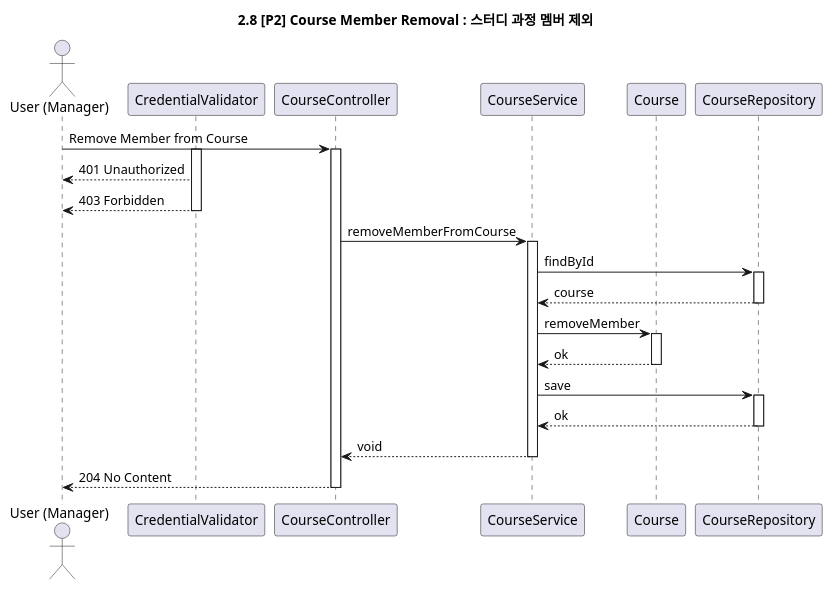
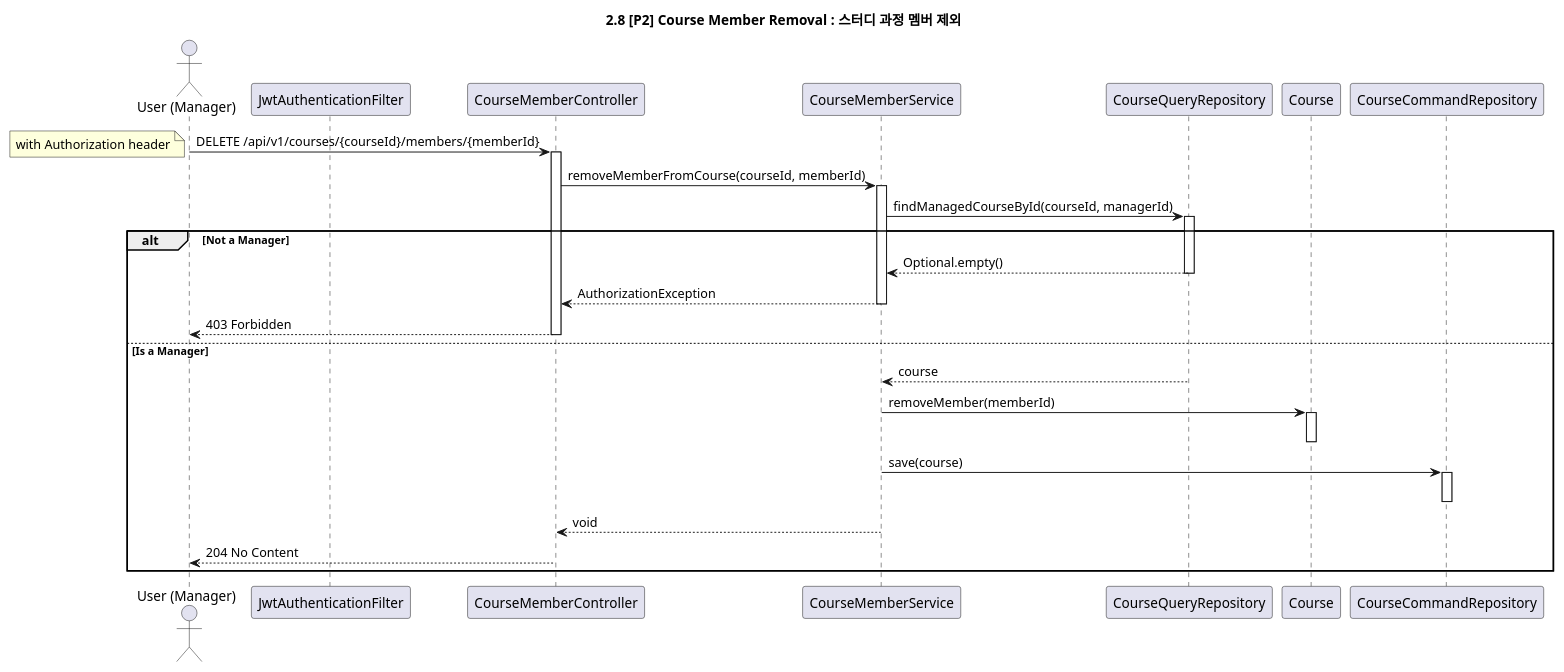
One commit to f-lab-edu/learning-manager changed the diagram in docs/sequences/2.8_course_member_removal.puml. Above: the diagram before and after it, drawn with PlantUML. The commit also changed 49 other files, not shown here.

```diff
--- a/docs/sequences/2.8_course_member_removal.puml
+++ b/docs/sequences/2.8_course_member_removal.puml
@@ -1,43 +1,48 @@
 @startuml
 
 title 2.8 [P2] Course Member Removal : 스터디 과정 멤버 제외
 
 actor "User (Manager)" as User
-participant "CredentialValidator" as Validator
-participant "CourseController" as Controller
-participant "CourseService" as AppService
+participant "JwtAuthenticationFilter" as Filter
+participant "CourseMemberController" as Controller
+participant "CourseMemberService" as AppService
+participant "CourseQueryRepository" as QueryRepo
 participant "Course" as CourseDomain
-participant "CourseRepository" as Repository
+participant "CourseCommandRepository" as CommandRepo
 
-User -> Controller: Remove Member from Course
-activate Validator
+User -> Controller: DELETE /api/v1/courses/{courseId}/members/{memberId}
+note left: with Authorization header
 activate Controller
-Validator --> User: 401 Unauthorized
-Validator --> User: 403 Forbidden
-deactivate Validator
 
-Controller -> AppService: removeMemberFromCourse
+Controller -> AppService: removeMemberFromCourse(courseId, memberId)
 activate AppService
 
-AppService -> Repository: findById
-activate Repository
-Repository --> AppService: course
-deactivate Repository
+AppService -> QueryRepo: findManagedCourseById(courseId, managerId)
+activate QueryRepo
+alt Not a Manager
+    QueryRepo --> AppService: Optional.empty()
+    deactivate QueryRepo
+    AppService --> Controller: AuthorizationException
+    deactivate AppService
+    Controller --> User: 403 Forbidden
+    deactivate Controller
+else Is a Manager
+    QueryRepo --> AppService: course
+    deactivate QueryRepo
 
-AppService -> CourseDomain: removeMember
-activate CourseDomain
-CourseDomain --> AppService : ok
-deactivate CourseDomain
+    AppService -> CourseDomain: removeMember(memberId)
+    activate CourseDomain
+    deactivate CourseDomain
 
-AppService -> Repository: save
-activate Repository
-Repository --> AppService : ok
-deactivate Repository
+    AppService -> CommandRepo: save(course)
+    activate CommandRepo
+    deactivate CommandRepo
 
-AppService --> Controller: void
-deactivate AppService
+    AppService --> Controller: void
+    deactivate AppService
 
-Controller --> User: 204 No Content
-deactivate Controller
+    Controller --> User: 204 No Content
+    deactivate Controller
+end
 
 @enduml
```
